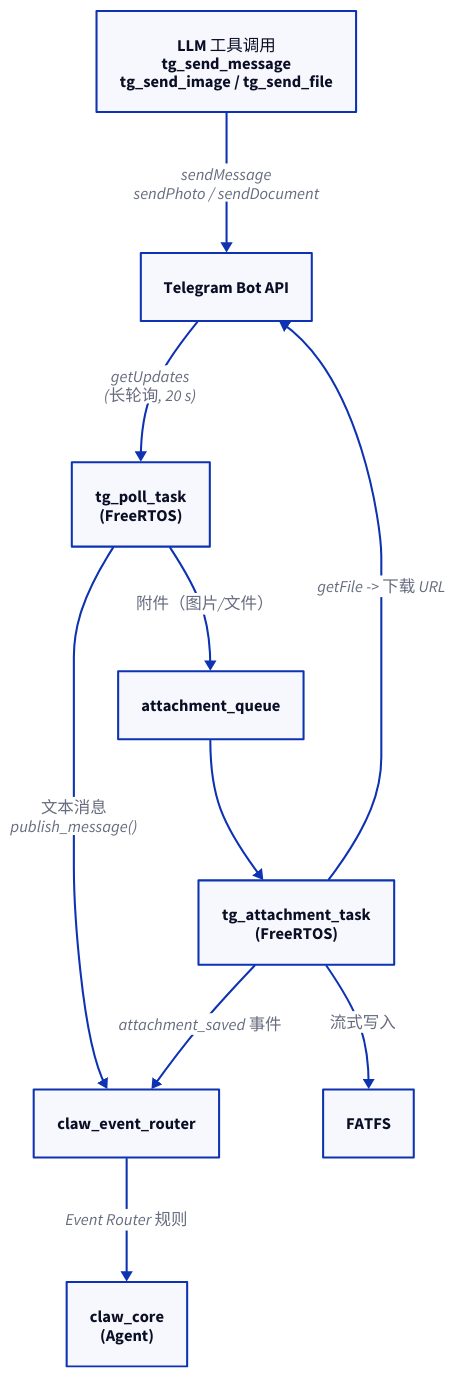
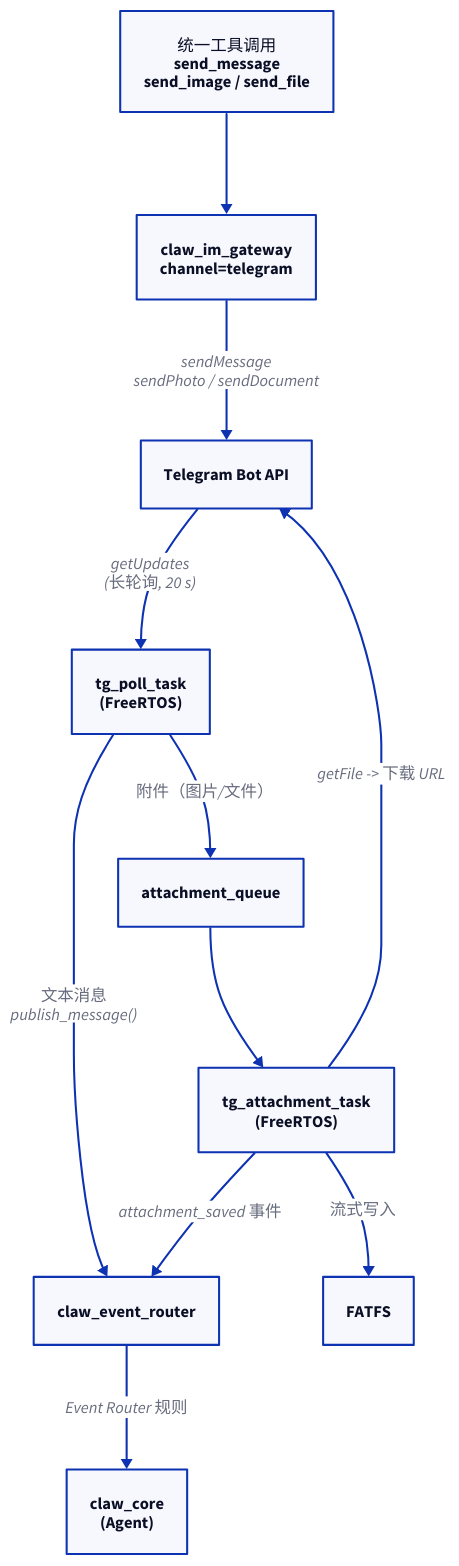
Before and after one commit to Asfixious/esp-claw: the second of 2 diagrams in docs/src/content/docs/zh-cn/reference-cap/cap-im-platform.mdx, drawn with D2. The commit also changed other lines of this file and 40 other files, not shown here.

````diff
--- a/docs/src/content/docs/zh-cn/reference-cap/cap-im-platform.mdx
+++ b/docs/src/content/docs/zh-cn/reference-cap/cap-im-platform.mdx
@@ -94,21 +107,23 @@
 ```d2
 tg_api: "Telegram Bot API"
 poll_task: "tg_poll_task\n(FreeRTOS)"
 router: "claw_event_router"
 core: "claw_core\n(Agent)"
 attach_queue: "attachment_queue"
 attach_task: "tg_attachment_task\n(FreeRTOS)"
 fatfs: "FATFS"
 
 tg_api -> poll_task: "getUpdates\n(长轮询, 20 s)"
 poll_task -> router: "文本消息\npublish_message()"
 router -> core: "Event Router 规则"
 poll_task -> attach_queue: "附件（图片/文件）"
 attach_queue -> attach_task
 attach_task -> tg_api: "getFile -> 下载 URL"
 attach_task -> fatfs: "流式写入"
 attach_task -> router: "attachment_saved 事件"
 
-llm_call: "LLM 工具调用\ntg_send_message\ntg_send_image / tg_send_file"
-llm_call -> tg_api: "sendMessage\nsendPhoto / sendDocument"
+llm_call: "统一工具调用\nsend_message\nsend_image / send_file"
+gateway: "claw_im_gateway\nchannel=telegram"
+llm_call -> gateway
+gateway -> tg_api: "sendMessage\nsendPhoto / sendDocument"
 ```
````
